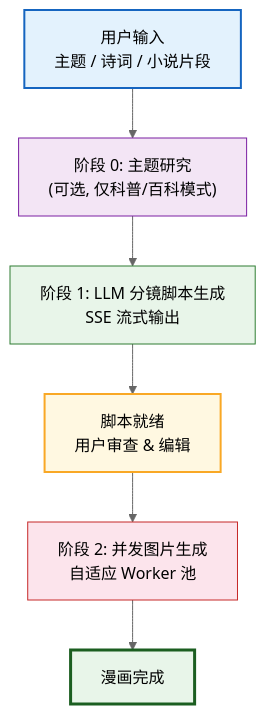
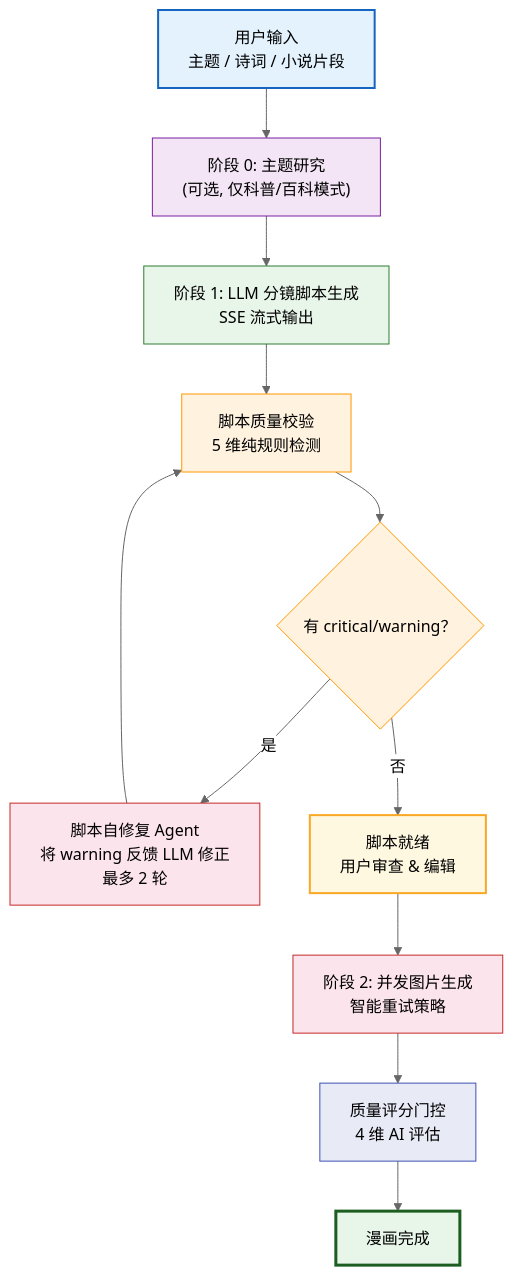
The second of 2 diagrams in README.md (hechangjia/ComicPedia), drawn with Mermaid (neutral theme) before and after one commit. The commit also changed other lines of this file and 18 other files, not shown here.

````diff
--- a/README.md
+++ b/README.md
@@ -165,22 +172,35 @@
 ```mermaid
 graph TD
   Input["用户输入<br/>主题 / 诗词 / 小说片段"]
   Research["阶段 0: 主题研究<br/>(可选, 仅科普/百科模式)"]
   Script["阶段 1: LLM 分镜脚本生成<br/>SSE 流式输出"]
+  Validate["脚本质量校验<br/>5 维纯规则检测"]
+  Repair{"有 critical/warning？"}
+  RepairLoop["脚本自修复 Agent<br/>将 warning 反馈 LLM 修正<br/>最多 2 轮"]
   Review["脚本就绪<br/>用户审查 & 编辑"]
-  ImageGen["阶段 2: 并发图片生成<br/>自适应 Worker 池"]
+  ImageGen["阶段 2: 并发图片生成<br/>智能重试策略"]
+  QualityGate["质量评分门控<br/>4 维 AI 评估"]
   Done["漫画完成"]
 
   Input --> Research
   Research --> Script
-  Script --> Review
+  Script --> Validate
+  Validate --> Repair
+  Repair -- "是" --> RepairLoop
+  RepairLoop --> Validate
+  Repair -- "否" --> Review
   Review --> ImageGen
-  ImageGen --> Done
+  ImageGen --> QualityGate
+  QualityGate --> Done
 
   style Input fill:#e3f2fd,stroke:#1565C0,stroke-width:2px
   style Research fill:#f3e5f5,stroke:#7B1FA2
   style Script fill:#e8f5e9,stroke:#2E7D32
+  style Validate fill:#fff3e0,stroke:#FF9800
+  style Repair fill:#fff3e0,stroke:#FF9800
+  style RepairLoop fill:#fce4ec,stroke:#C62828
   style Review fill:#fff8e1,stroke:#F9A825,stroke-width:2px
   style ImageGen fill:#fce4ec,stroke:#C62828
+  style QualityGate fill:#e8eaf6,stroke:#3F51B5
   style Done fill:#e8f5e9,stroke:#1B5E20,stroke-width:3px
 ```
````
